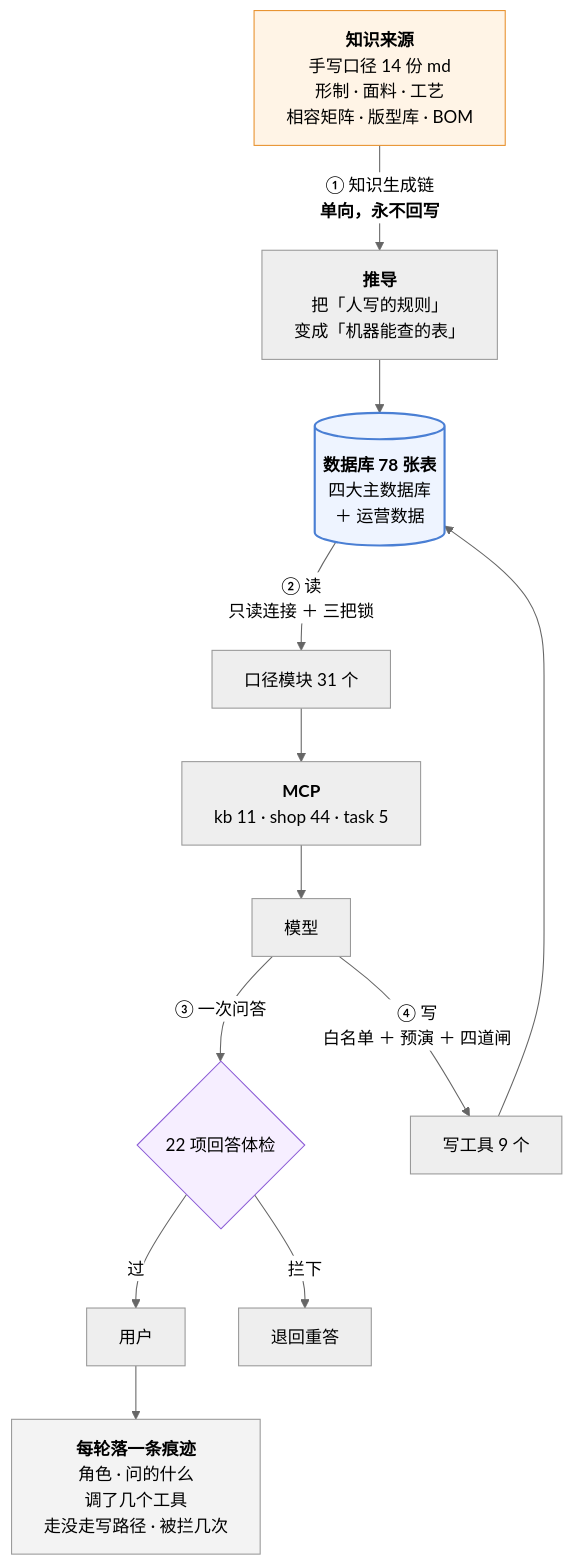
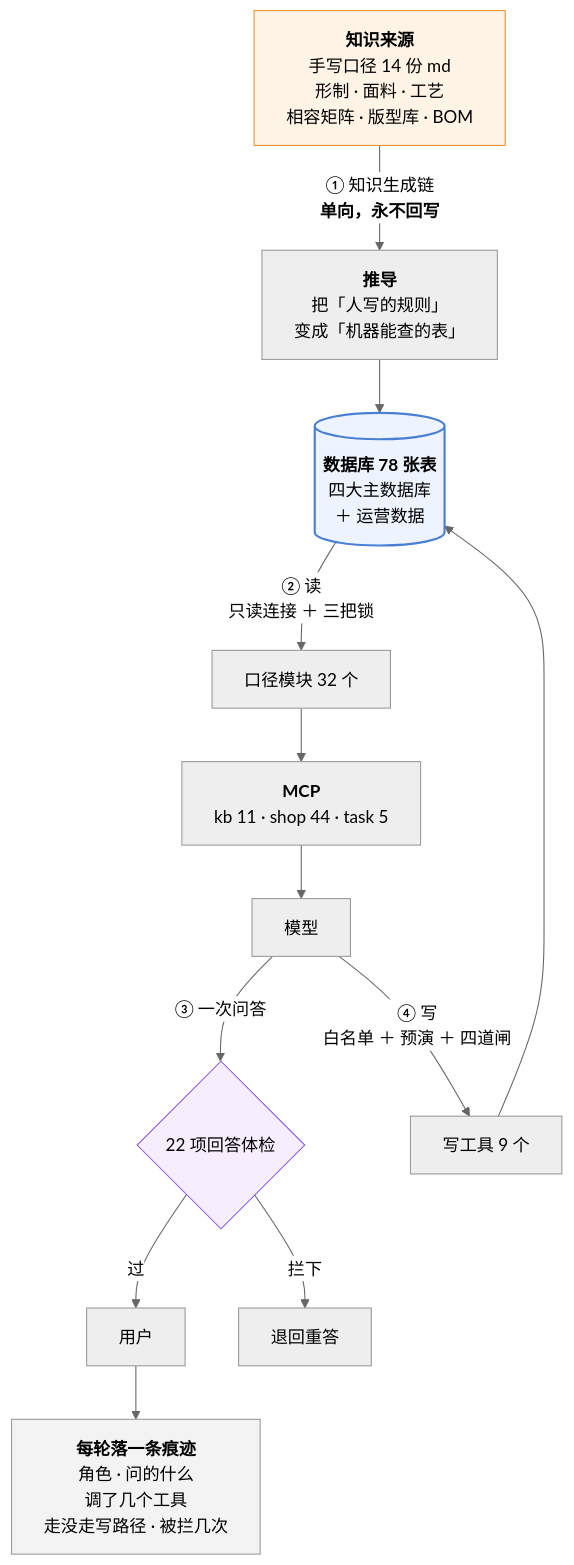
One commit to 843773296-rgb/lanxiu-yunshang-agent changed the third of 3 diagrams in 澜绣云裳agent-产品说明.md. Above: the diagram before and after it, drawn with Mermaid (neutral theme). The commit also changed other lines of this file and 19 other files, not shown here.

````diff
--- a/澜绣云裳agent-产品说明.md
+++ b/澜绣云裳agent-产品说明.md
@@ -805,24 +806,24 @@
 ```mermaid
 flowchart TD
     MD["<b>知识来源</b><br/>手写口径 14 份 md<br/>形制 · 面料 · 工艺<br/>相容矩阵 · 版型库 · BOM"]
     MD -->|"① 知识生成链<br/><b>单向，永不回写</b>"| DV["<b>推导</b><br/>把「人写的规则」<br/>变成「机器能查的表」"]
     DV --> DB[("<b>数据库 78 张表</b><br/>四大主数据库<br/>＋ 运营数据")]
 
-    DB -->|"② 读<br/>只读连接 ＋ 三把锁"| KJ["口径模块 31 个"]
+    DB -->|"② 读<br/>只读连接 ＋ 三把锁"| KJ["口径模块 32 个"]
     KJ --> MCP["<b>MCP</b><br/>kb 11 · shop 44 · task 5"]
     MCP --> LLM["模型"]
 
     LLM -->|"③ 一次问答"| GD{"22 项回答体检"}
     GD -- 过 --> U["用户"]
     GD -- 拦下 --> RE["退回重答"]
 
     LLM -->|"④ 写<br/>白名单 ＋ 预演 ＋ 四道闸"| W["写工具 9 个"]
     W --> DB
 
     U --> TR["<b>每轮落一条痕迹</b><br/>角色 · 问的什么<br/>调了几个工具<br/>走没走写路径 · 被拦几次"]
 
     style MD fill:#fff4e6,stroke:#e8912d
     style DB fill:#eef4ff,stroke:#4a7fd4,stroke-width:2px
     style GD fill:#f6eeff,stroke:#8b5cd6
     style TR fill:#f3f3f3,stroke:#999
 ```
````
